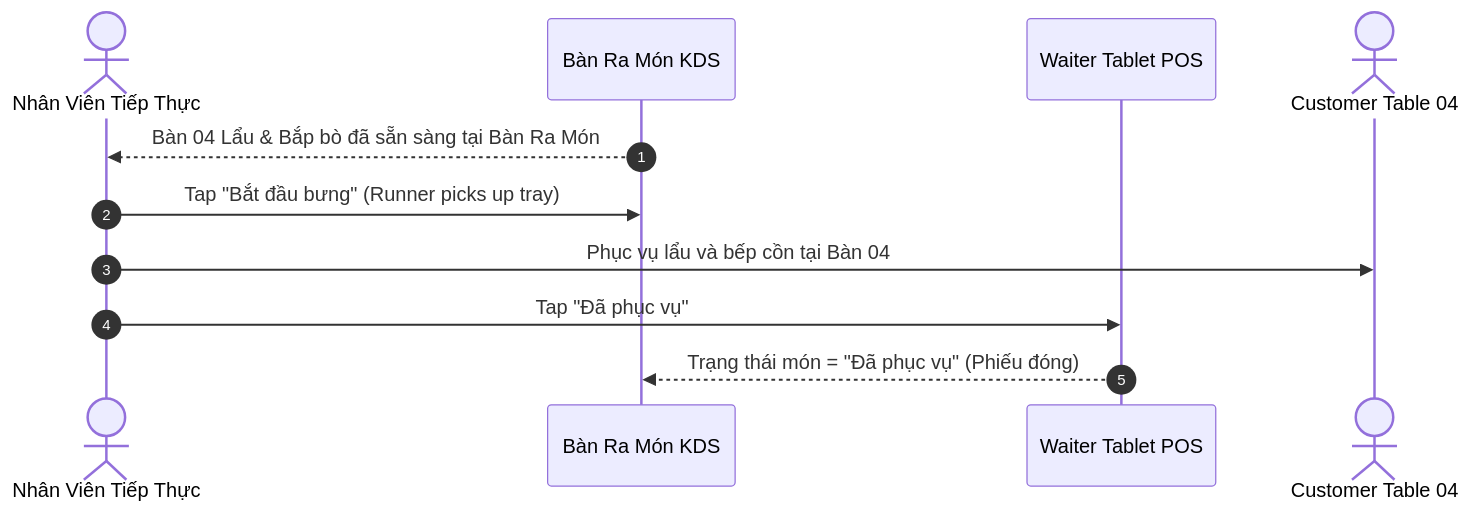
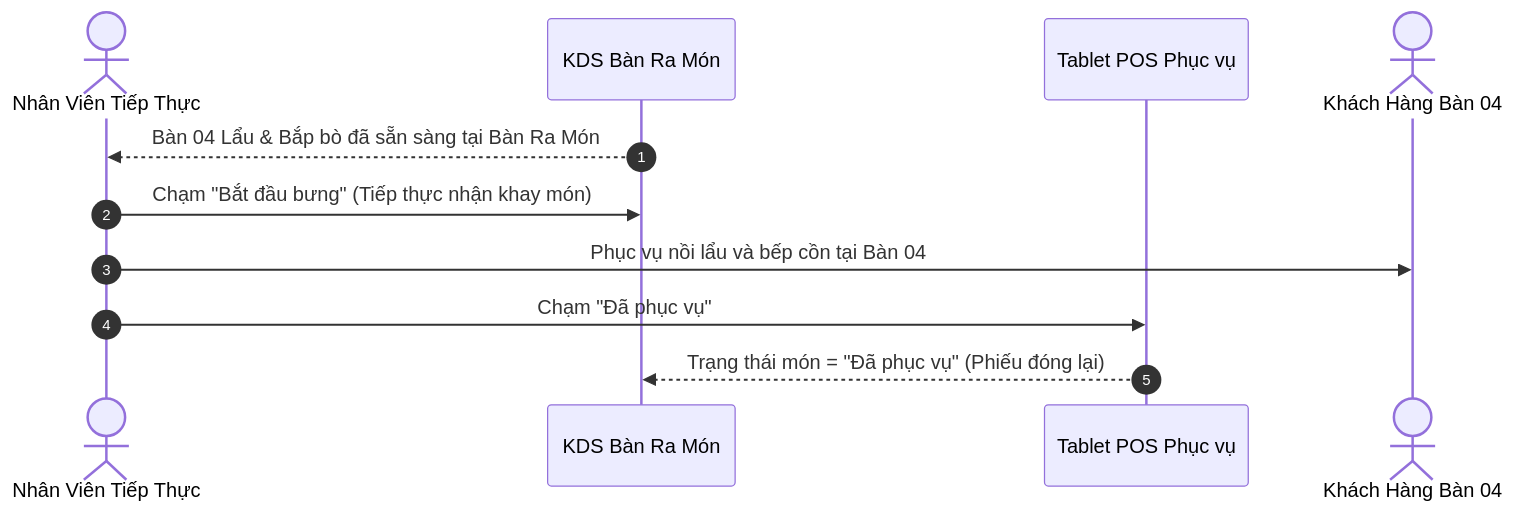
Before and after one commit to dieudoanhut2002/SmartRestaurant: the sixth of 10 diagrams in docs/product/USER-JOURNEYS.md, drawn with Mermaid. The commit also changed other lines of this file and 40 other files, not shown here.

````diff
--- a/docs/product/USER-JOURNEYS.md
+++ b/docs/product/USER-JOURNEYS.md
@@ -173,14 +173,14 @@
 ```mermaid
 sequenceDiagram
     autonumber
     actor Runner as Nhân Viên Tiếp Thực
-    participant Exp as Bàn Ra Món KDS
-    participant POS as Waiter Tablet POS
-    actor Guest as Customer Table 04
+    participant Exp as KDS Bàn Ra Món
+    participant POS as Tablet POS Phục vụ
+    actor Guest as Khách Hàng Bàn 04
 
     Exp-->>Runner: Bàn 04 Lẩu & Bắp bò đã sẵn sàng tại Bàn Ra Món
-    Runner->>Exp: Tap "Bắt đầu bưng" (Runner picks up tray)
-    Runner->>Guest: Phục vụ lẩu và bếp cồn tại Bàn 04
-    Runner->>POS: Tap "Đã phục vụ"
-    POS-->>Exp: Trạng thái món = "Đã phục vụ" (Phiếu đóng)
+    Runner->>Exp: Chạm "Bắt đầu bưng" (Tiếp thực nhận khay món)
+    Runner->>Guest: Phục vụ nồi lẩu và bếp cồn tại Bàn 04
+    Runner->>POS: Chạm "Đã phục vụ"
+    POS-->>Exp: Trạng thái món = "Đã phục vụ" (Phiếu đóng lại)
 ```
````
